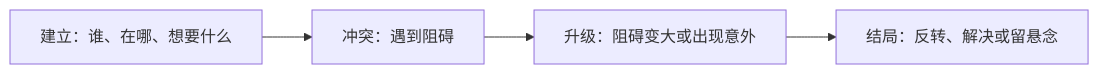
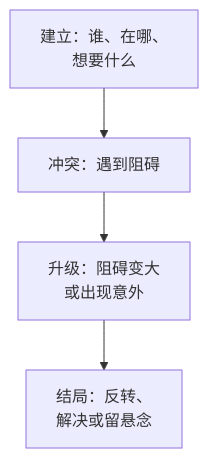
The diagram in books/video-script-storyboard/03-story-script.md (jarvis-pro/hatch-shelf), drawn with Mermaid before and after one commit. The commit also changed 432 other files, not shown here.

````diff
--- a/books/video-script-storyboard/03-story-script.md
+++ b/books/video-script-storyboard/03-story-script.md
@@ -11,6 +11,6 @@
 ```mermaid
-flowchart LR
-  A["建立：谁、在哪、想要什么"] --> B["冲突：遇到阻碍"]
-  B --> C["升级：阻碍变大或出现意外"]
-  C --> D["结局：反转、解决或留悬念"]
+flowchart TD
+  A["建立：谁、在哪、<br/>想要什么"] --> B["冲突：遇到阻碍"]
+  B --> C["升级：阻碍变大<br/>或出现意外"]
+  C --> D["结局：反转、<br/>解决或留悬念"]
 ```
````
